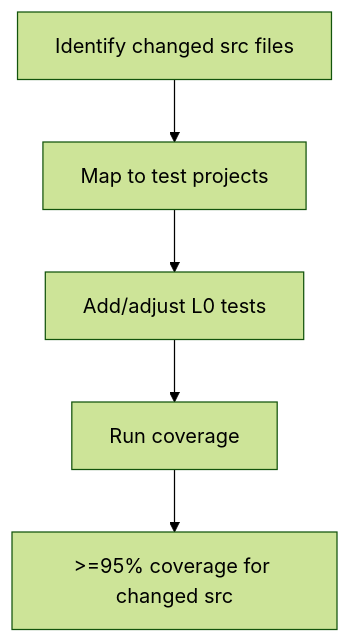
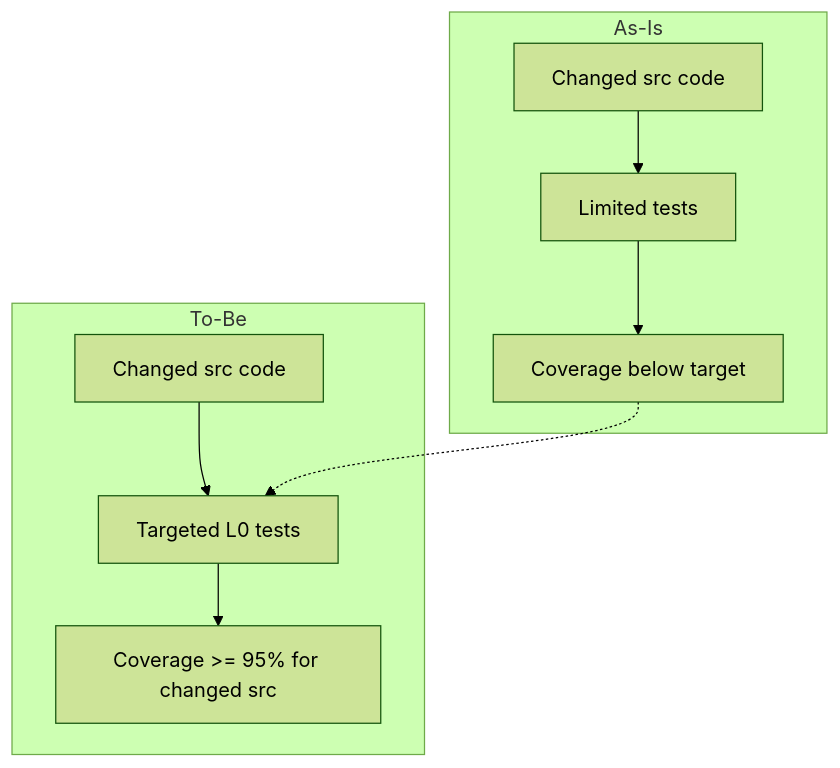
One commit to Gibbs-Morris/mississippi changed the first of 2 diagrams in spec/coverage-new-code-src/rfc.md. Above: the diagram before and after it, drawn with Mermaid (forest theme). The commit also changed 2 other files, not shown here.

Commit message:
spec(coverage-new-code-src): revised plan + detailed implementation

````diff
--- a/spec/coverage-new-code-src/rfc.md
+++ b/spec/coverage-new-code-src/rfc.md
@@ -44,7 +44,12 @@
 ```mermaid
 flowchart TD
-  A[Identify changed src files] --> B[Map to test projects]
-  B --> C[Add/adjust L0 tests]
-  C --> D[Run coverage]
-  D --> E[>=95% coverage for changed src]
+  subgraph AsIs[As-Is]
+    A1[Changed src code] --> A2[Limited tests]
+    A2 --> A3[Coverage below target]
+  end
+  subgraph ToBe[To-Be]
+    B1[Changed src code] --> B2[Targeted L0 tests]
+    B2 --> B3[Coverage >= 95% for changed src]
+  end
+  A3 -.-> B2
 ```
````
